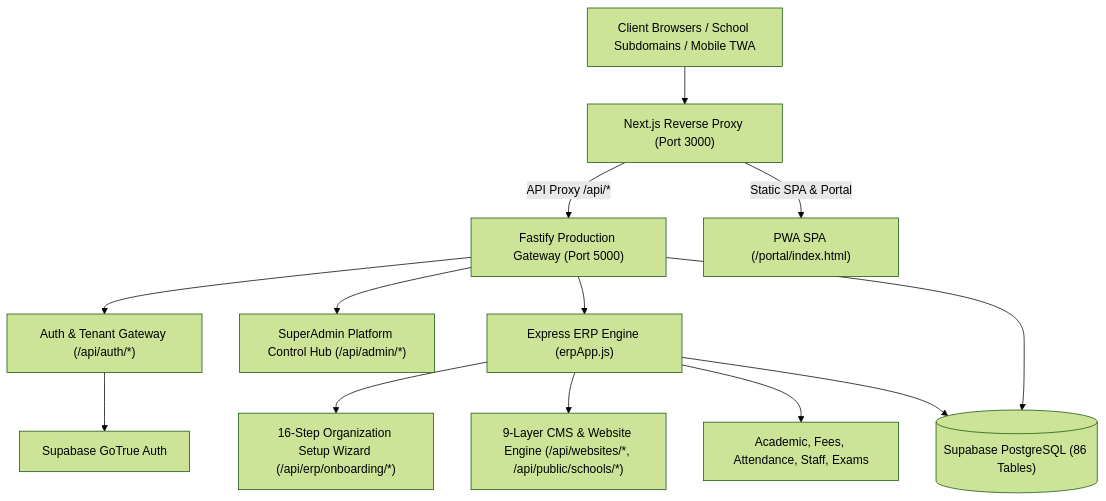
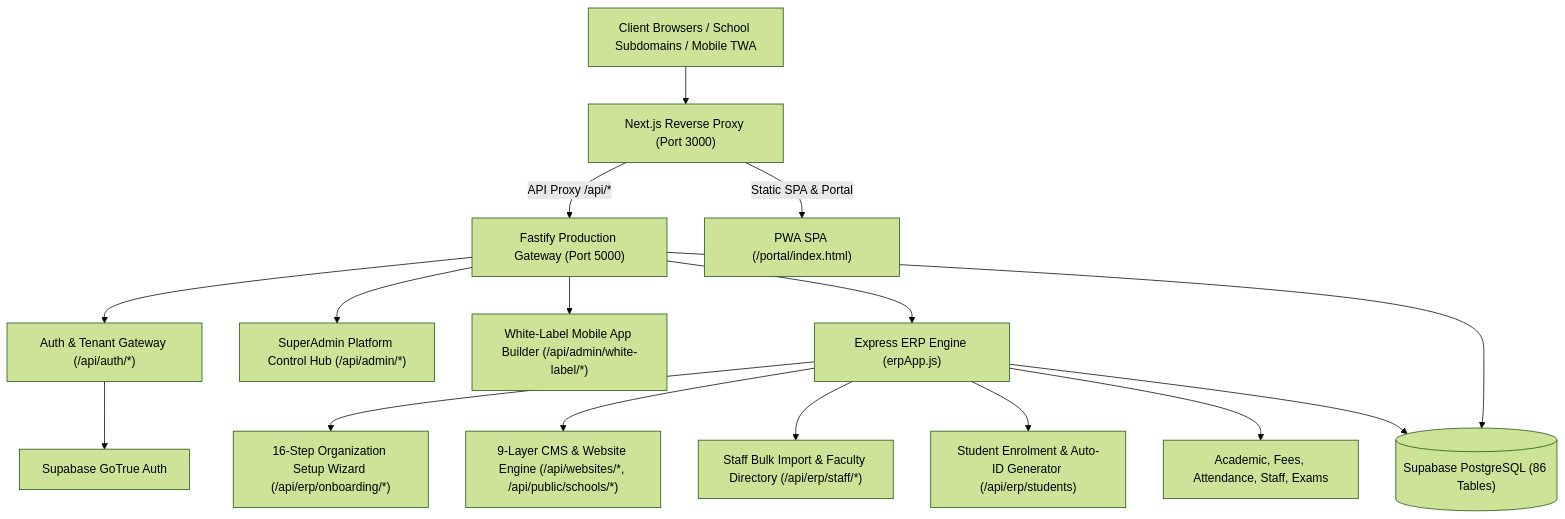
The diagram in master-audit-report.md (rdeshwal89/dakshora-platform), drawn with Mermaid (forest theme) before and after one commit. The commit also changed other lines of this file and 3 other files, not shown here.

Commit message:
feat(erp): complete staff bulk import, auto student id engine, and white-label mobile app with 50/50 tests passing

````diff
--- a/master-audit-report.md
+++ b/master-audit-report.md
@@ -16,18 +16,21 @@
 ```mermaid
 flowchart TD
     Client["Client Browsers / School Subdomains / Mobile TWA"] --> NextProxy["Next.js Reverse Proxy (Port 3000)"]
     NextProxy -->|"API Proxy /api/*"| Fastify["Fastify Production Gateway (Port 5000)"]
     NextProxy -->|"Static SPA & Portal"| PublicAssets["PWA SPA (/portal/index.html)"]
     
     Fastify --> AuthModule["Auth & Tenant Gateway (/api/auth/*)"]
     Fastify --> SuperAdminModule["SuperAdmin Platform Control Hub (/api/admin/*)"]
+    Fastify --> WhiteLabelModule["White-Label Mobile App Builder (/api/admin/white-label/*)"]
     Fastify --> ErpEngine["Express ERP Engine (erpApp.js)"]
     
     ErpEngine --> OnboardingWizard["16-Step Organization Setup Wizard (/api/erp/onboarding/*)"]
     ErpEngine --> CmsEngine["9-Layer CMS & Website Engine (/api/websites/*, /api/public/schools/*)"]
+    ErpEngine --> StaffModule["Staff Bulk Import & Faculty Directory (/api/erp/staff/*)"]
+    ErpEngine --> StudentModule["Student Enrolment & Auto-ID Generator (/api/erp/students)"]
     ErpEngine --> ErpCore["Academic, Fees, Attendance, Staff, Exams"]
     
     AuthModule --> SupabaseAuth["Supabase GoTrue Auth"]
     ErpEngine --> PostgresDB[("Supabase PostgreSQL (86 Tables)")]
     Fastify --> PostgresDB
 ```
````
